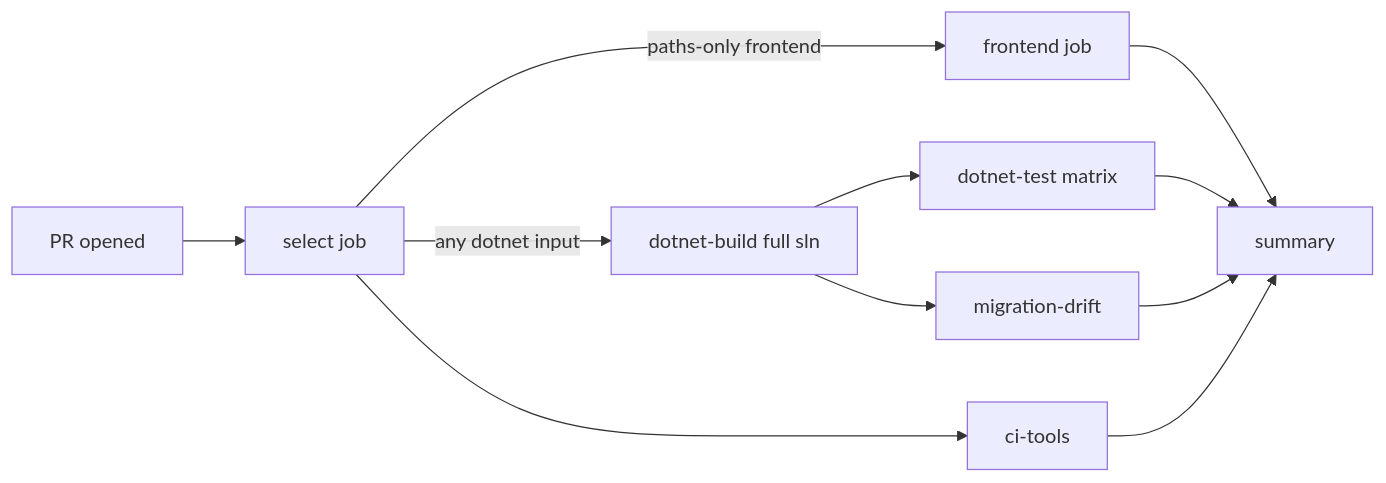
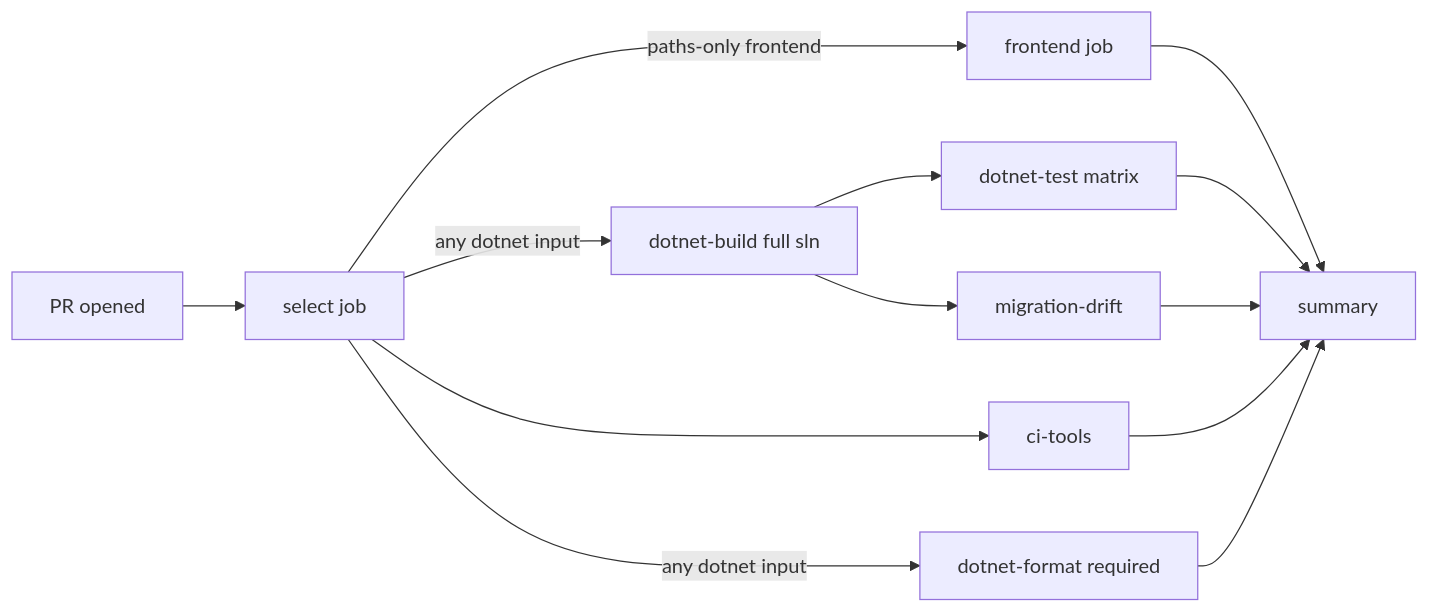
Before and after one commit to OlyForge3D/PrintFarmer: the diagram in docs/CI.md, drawn with Mermaid. The commit also changed other lines of this file and 11 other files, not shown here.

````diff
--- a/docs/CI.md
+++ b/docs/CI.md
@@ -19,13 +19,15 @@
 ```mermaid
 flowchart LR
   A[PR opened] --> B[select job]
   B -->|paths-only frontend| C[frontend job]
   B -->|any dotnet input| D[dotnet-build full sln]
+  B -->|any dotnet input| I[dotnet-format required]
   D --> E[dotnet-test matrix]
   D --> F[migration-drift]
   B --> G[ci-tools]
   C --> H[summary]
   E --> H
   F --> H
   G --> H
+  I --> H
 ```
````
